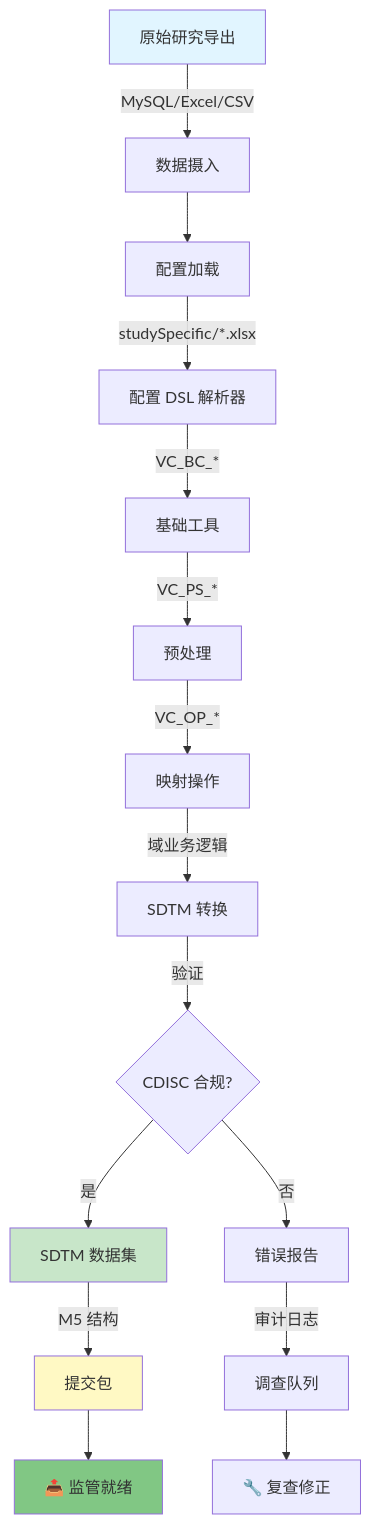
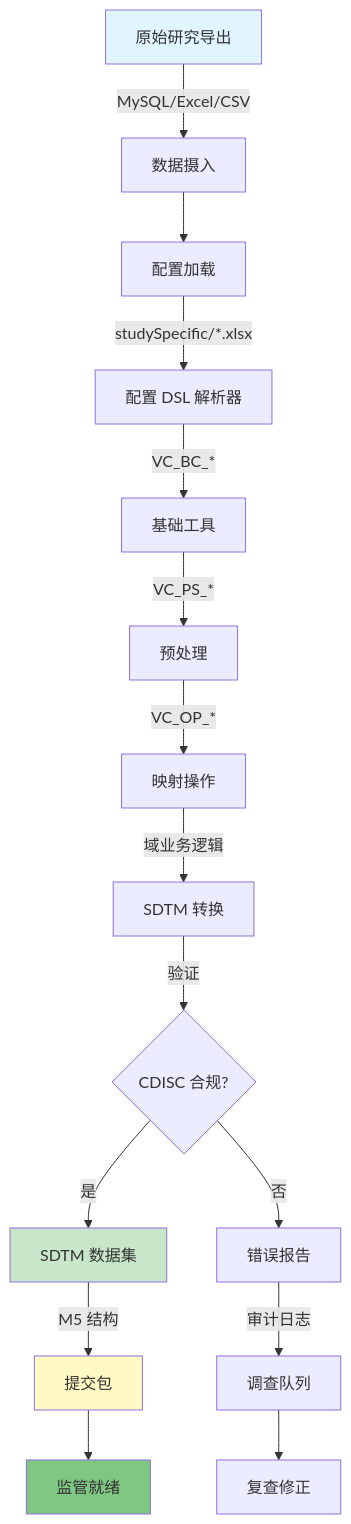
One commit to hakupao/SDTM-Mapping-System changed the diagram in README_CN.md. Above: the diagram before and after it, drawn with Mermaid. The commit also changed other lines of this file and 1 other file, not shown here.

Commit message:
fix: repair README display issues
- Replace broken SVG banners with readme-typing-svg
- Fix language switcher links
- Remove emojis from mermaid diagrams for better rendering
- Add missing screenshot references
- Remove broken image references to non-existent files

````diff
--- a/README_CN.md
+++ b/README_CN.md
@@ -69,27 +53,27 @@
 ```mermaid
 graph TB
-    A[原始研究导出] -->|MySQL/Excel/CSV| B[数据摄入]
-    B --> C[配置加载]
-    C -->|studySpecific/*.xlsx| D[配置 DSL 解析器]
+ A[原始研究导出] -->|MySQL/Excel/CSV| B[数据摄入]
+ B --> C[配置加载]
+ C -->|studySpecific/*.xlsx| D[配置 DSL 解析器]
 
-    D -->|VC_BC_*| E[基础工具]
-    E -->|VC_PS_*| F[预处理]
-    F -->|VC_OP_*| G[映射操作]
+ D -->|VC_BC_*| E[基础工具]
+ E -->|VC_PS_*| F[预处理]
+ F -->|VC_OP_*| G[映射操作]
 
-    G -->|域业务逻辑| H[SDTM 转换]
-    H -->|验证| I{CDISC 合规?}
+ G -->|域业务逻辑| H[SDTM 转换]
+ H -->|验证| I{CDISC 合规?}
 
-    I -->|是| J[SDTM 数据集]
-    I -->|否| K[错误报告]
+ I -->|是| J[SDTM 数据集]
+ I -->|否| K[错误报告]
 
-    J -->|M5 结构| L[提交包]
-    K -->|审计日志| M[调查队列]
+ J -->|M5 结构| L[提交包]
+ K -->|审计日志| M[调查队列]
 
-    L --> N[📤 监管就绪]
-    M --> O[🔧 复查修正]
+ L --> N[ 监管就绪]
+ M --> O[ 复查修正]
 
-    style A fill:#e1f5ff
-    style J fill:#c8e6c9
-    style L fill:#fff9c4
-    style N fill:#81c784
+ style A fill:#e1f5ff
+ style J fill:#c8e6c9
+ style L fill:#fff9c4
+ style N fill:#81c784
 ```
````
